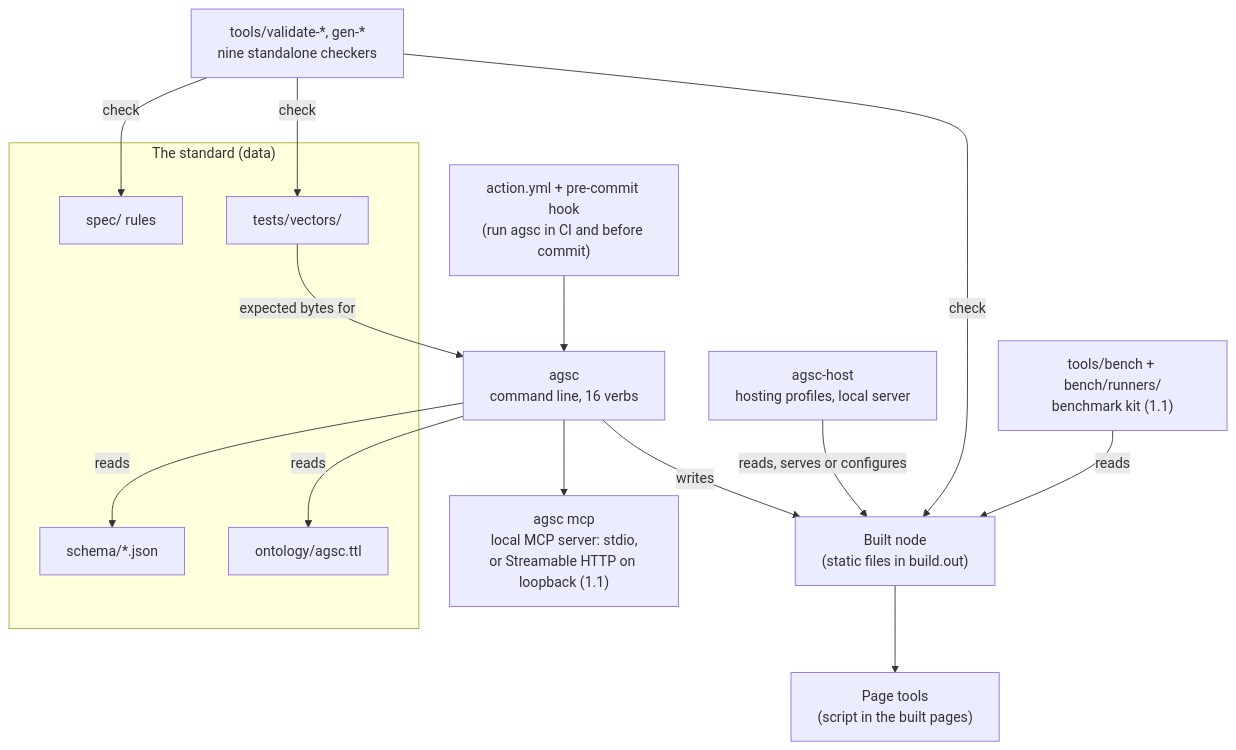
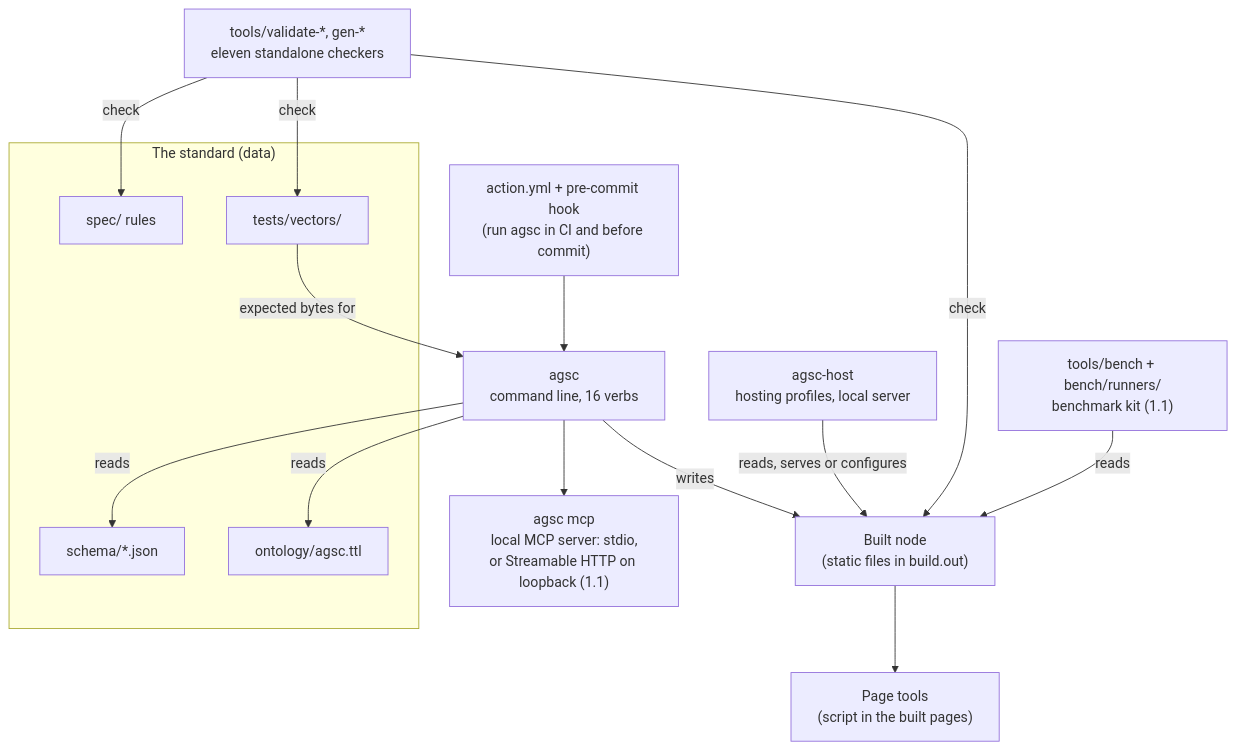
The diagram in docs/diagrams/arch-c4-container.md (andreibesleaga/agentic-system-core), drawn with Mermaid before and after one commit. The commit also changed 38 other files, not shown here.

````diff
--- a/docs/diagrams/arch-c4-container.md
+++ b/docs/diagrams/arch-c4-container.md
@@ -7,29 +7,29 @@
 ```mermaid
 flowchart TB
   subgraph STD["The standard (data)"]
     SPEC["spec/ rules"]
     SCH["schema/*.json"]
     ONT["ontology/agsc.ttl"]
     VEC["tests/vectors/"]
   end
   CLI["agsc<br/>command line, 16 verbs"]
   HOSTC["agsc-host<br/>hosting profiles, local server"]
   MCP["agsc mcp<br/>local MCP server: stdio,<br/>or Streamable HTTP on loopback (1.1)"]
-  CHK["tools/validate-*, gen-*<br/>nine standalone checkers"]
+  CHK["tools/validate-*, gen-*<br/>eleven standalone checkers"]
   OUT["Built node<br/>(static files in build.out)"]
   PAGE["Page tools<br/>(script in the built pages)"]
   ACT["action.yml + pre-commit hook<br/>(run agsc in CI and before commit)"]
   BENCH["tools/bench + bench/runners/<br/>benchmark kit (1.1)"]
   CLI -->|reads| SCH
   CLI -->|reads| ONT
   CLI -->|writes| OUT
   OUT --> PAGE
   CLI --> MCP
   HOSTC -->|reads, serves or configures| OUT
   CHK -->|check| SPEC
   CHK -->|check| VEC
   CHK -->|check| OUT
   ACT --> CLI
   VEC -->|expected bytes for| CLI
   BENCH -->|reads| OUT
 ```
````
